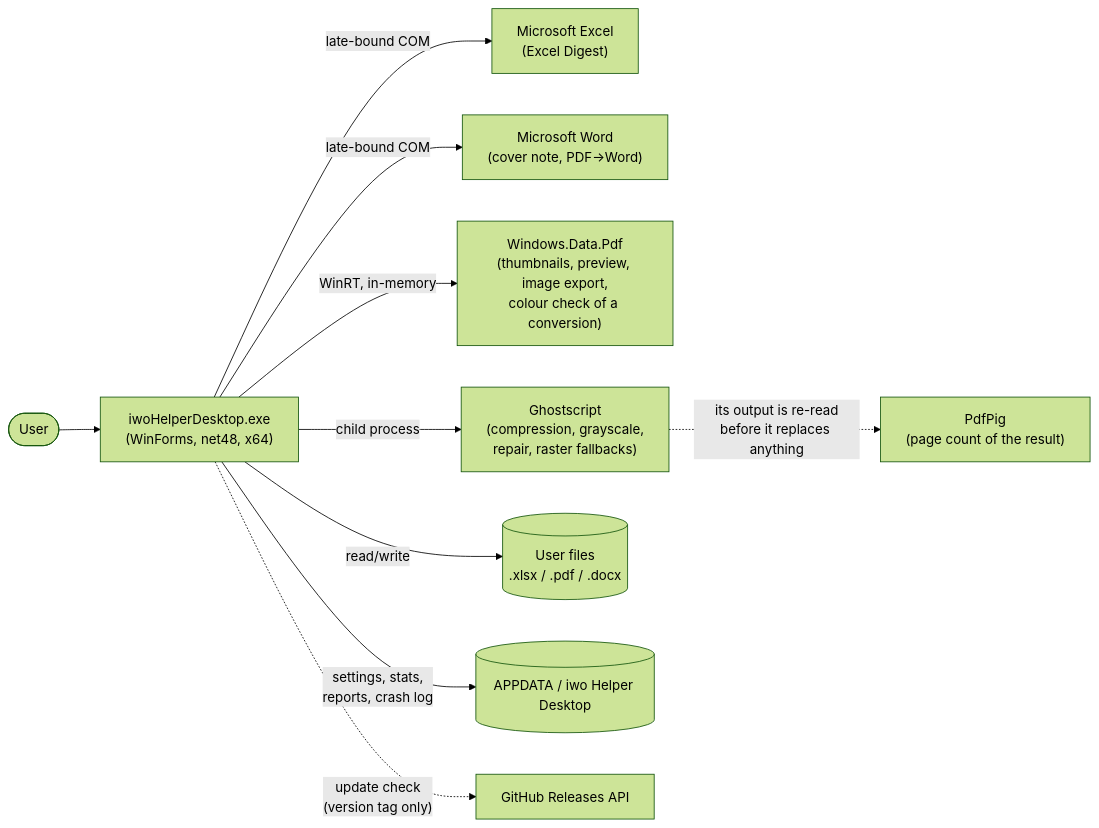
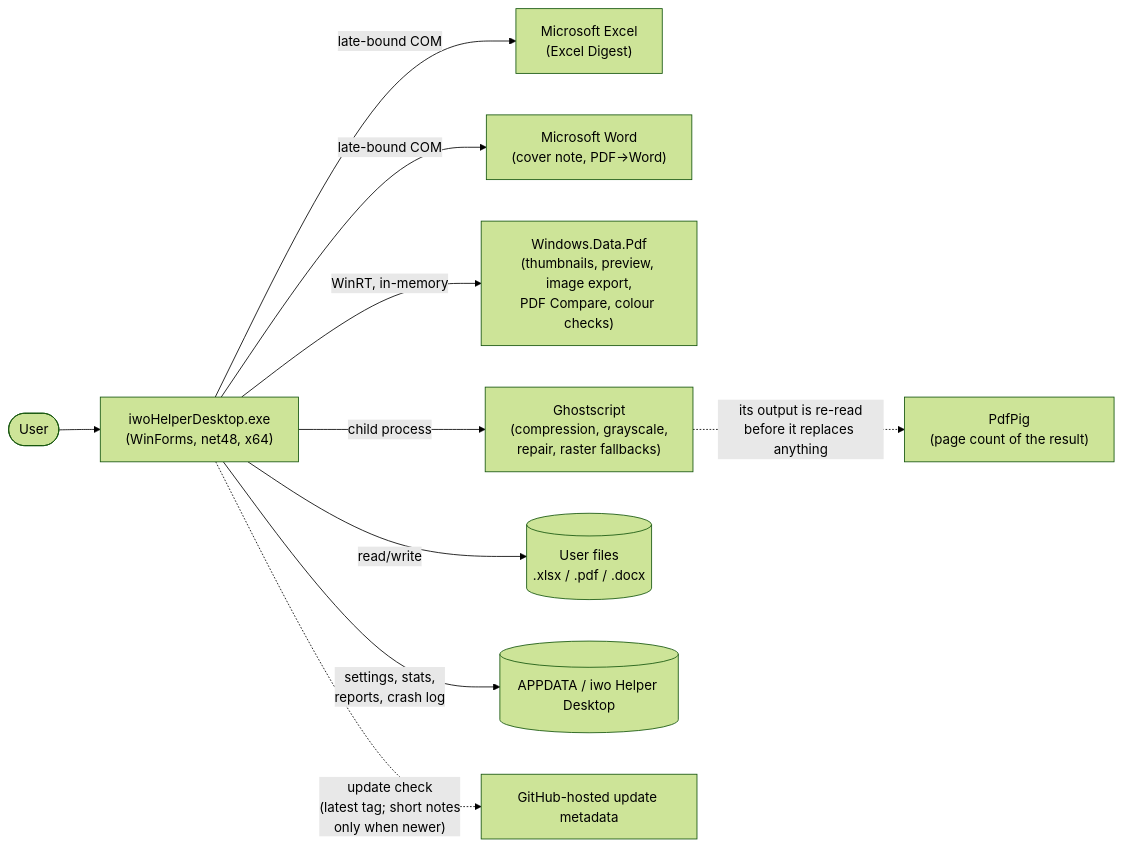
Before and after one commit to DedovMosol/iwoHelperDesktop: the first of 6 diagrams in docs/ARCHITECTURE.md, drawn with Mermaid (forest theme). The commit also changed other lines of this file and 38 other files, not shown here.

Commit message:
1.18.5: finalize PDF Compare review beta

````diff
--- a/docs/ARCHITECTURE.md
+++ b/docs/ARCHITECTURE.md
@@ -73,12 +77,12 @@
 ```mermaid
 flowchart LR
     U(["User"]) --> APP["iwoHelperDesktop.exe<br>(WinForms, net48, x64)"]
     APP -->|"late-bound COM"| XL["Microsoft Excel<br>(Excel Digest)"]
     APP -->|"late-bound COM"| WD["Microsoft Word<br>(cover note, PDF→Word)"]
-    APP -->|"WinRT, in-memory"| RT["Windows.Data.Pdf<br>(thumbnails, preview, image export,<br>colour check of a conversion)"]
+    APP -->|"WinRT, in-memory"| RT["Windows.Data.Pdf<br>(thumbnails, preview, image export,<br>PDF Compare, colour checks)"]
     APP -->|"child process"| GS["Ghostscript<br>(compression, grayscale,<br>repair, raster fallbacks)"]
     GS -.->|"its output is re-read<br>before it replaces anything"| PIG["PdfPig<br>(page count of the result)"]
     APP -->|"read/write"| FS[("User files<br>.xlsx / .pdf / .docx")]
     APP -->|"settings, stats,<br>reports, crash log"| AD[("APPDATA / iwo Helper Desktop")]
-    APP -.->|"update check<br>(version tag only)"| GH["GitHub Releases API"]
+    APP -.->|"update check<br>(latest tag; short notes<br>only when newer)"| GH["GitHub-hosted update metadata"]
 ```
````
